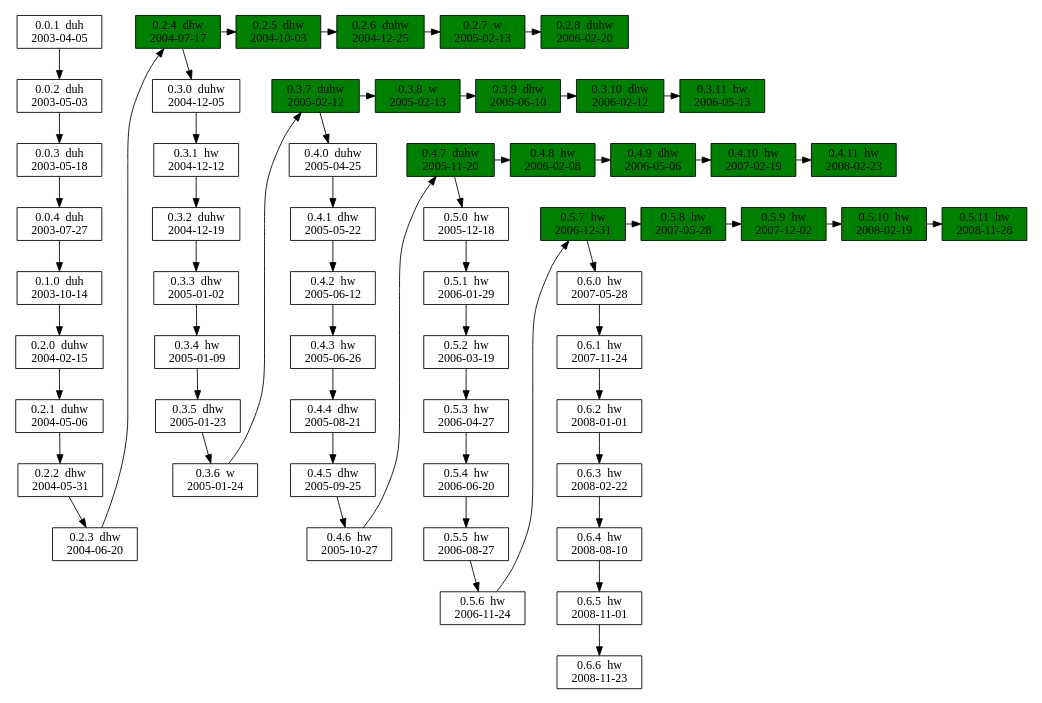
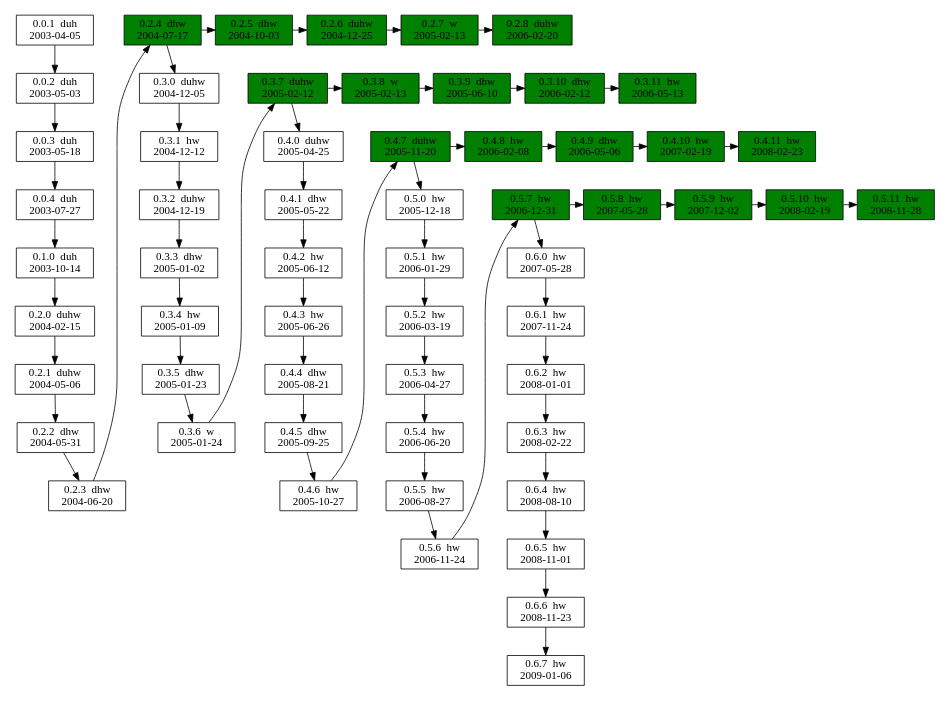
The diagram in www/versions.dot (vanhoefm/krackattacks-scripts), drawn with Graphviz before and after one commit. The commit also changed 13 other files, not shown here.

```diff
--- a/www/versions.dot
+++ b/www/versions.dot
@@ -1,101 +1,102 @@
 digraph versions {
 	size="10,6"
 #	rankdir=LR
 
 # development releases
 
 	node [shape=box]
 	v001 [label="0.0.1  duh\n2003-04-05"]
 	v002 [label="0.0.2  duh\n2003-05-03"]
 	v003 [label="0.0.3  duh\n2003-05-18"]
 	v004 [label="0.0.4  duh\n2003-07-27"]
 	v010 [label="0.1.0  duh\n2003-10-14"]
 	v020 [label="0.2.0  duhw\n2004-02-15"]
 	v021 [label="0.2.1  duhw\n2004-05-06"]
 	v022 [label="0.2.2  dhw\n2004-05-31"]
 	v023 [label="0.2.3  dhw\n2004-06-20"]
 	v030 [label="0.3.0  duhw\n2004-12-05"]
 	v031 [label="0.3.1  hw\n2004-12-12"]
 	v032 [label="0.3.2  duhw\n2004-12-19"]
 	v033 [label="0.3.3  dhw\n2005-01-02"]
 	v034 [label="0.3.4  hw\n2005-01-09"]
 	v035 [label="0.3.5  dhw\n2005-01-23"]
 	v036 [label="0.3.6  w\n2005-01-24"]
 
 	v040 [label="0.4.0  duhw\n2005-04-25"]
 	v041 [label="0.4.1  dhw\n2005-05-22"]
 	v042 [label="0.4.2  hw\n2005-06-12"]
 	v043 [label="0.4.3  hw\n2005-06-26"]
 	v044 [label="0.4.4  dhw\n2005-08-21"]
 	v045 [label="0.4.5  dhw\n2005-09-25"]
 	v046 [label="0.4.6  hw\n2005-10-27"]
 	v050 [label="0.5.0  hw\n2005-12-18"]
 	v051 [label="0.5.1  hw\n2006-01-29"]
 	v052 [label="0.5.2  hw\n2006-03-19"]
 	v053 [label="0.5.3  hw\n2006-04-27"]
 	v054 [label="0.5.4  hw\n2006-06-20"]
 	v055 [label="0.5.5  hw\n2006-08-27"]
 	v056 [label="0.5.6  hw\n2006-11-24"]
 	v060 [label="0.6.0  hw\n2007-05-28"]
 	v061 [label="0.6.1  hw\n2007-11-24"]
 	v062 [label="0.6.2  hw\n2008-01-01"]
 	v063 [label="0.6.3  hw\n2008-02-22"]
 	v064 [label="0.6.4  hw\n2008-08-10"]
 	v065 [label="0.6.5  hw\n2008-11-01"]
 	v066 [label="0.6.6  hw\n2008-11-23"]
+	v067 [label="0.6.7  hw\n2009-01-06"]
 
 # stable releases
 
 	node [fillcolor=green style=filled]
 	v024 [label="0.2.4  dhw\n2004-07-17"]
 	v025 [label="0.2.5  dhw\n2004-10-03"]
 	v026 [label="0.2.6  duhw\n2004-12-25"]
 	v027 [label="0.2.7  w\n2005-02-13"]
 	v028 [label="0.2.8  duhw\n2006-02-20"]
 	v037 [label="0.3.7  duhw\n2005-02-12"]
 	v038 [label="0.3.8  w\n2005-02-13"]
 	v039 [label="0.3.9  dhw\n2005-06-10"]
 	v0310 [label="0.3.10  dhw\n2006-02-12"]
 	v0311 [label="0.3.11  hw\n2006-05-13"]
 	v047 [label="0.4.7  duhw\n2005-11-20"]
 	v048 [label="0.4.8  hw\n2006-02-08"]
 	v049 [label="0.4.9  dhw\n2006-05-06"]
 	v0410 [label="0.4.10  hw\n2007-02-19"]
 	v0411 [label="0.4.11  hw\n2008-02-23"]
 	v057 [label="0.5.7  hw\n2006-12-31"]
 	v058 [label="0.5.8  hw\n2007-05-28"]
 	v059 [label="0.5.9  hw\n2007-12-02"]
 	v0510 [label="0.5.10  hw\n2008-02-19"]
 	v0511 [label="0.5.11  hw\n2008-11-28"]
 
 # development releases
 
 	v001 -> v002 -> v003 -> v004
 	v004 -> v010 -> v020 -> v021 -> v022 -> v023 -> v024
 	v024 -> v030 -> v031 -> v032 -> v033 -> v034 -> v035 -> v036 -> v037
 	v037 -> v040 -> v041 -> v042 -> v043 -> v044 -> v045 -> v046 -> v047
 	v047 -> v050 -> v051 -> v052 -> v053 -> v054 -> v055 -> v056 -> v057
-	v057 -> v060 -> v061 -> v062 -> v063 -> v064 -> v065 -> v066
+	v057 -> v060 -> v061 -> v062 -> v063 -> v064 -> v065 -> v066 -> v067
 
 	{rank=same; v001 v024}
 	{rank=same; v030 v037}
 	{rank=same; v040 v047}
 	{rank=same; v050 v057}
 #	{rank=same; v060 v066}
 
 # stable releases
 
 	v024 -> v025 -> v026 -> v027 -> v028
 	v037 -> v038 -> v039 -> v0310 -> v0311
 	v047 -> v048 -> v049 -> v0410 -> v0411
 	v057 -> v058 -> v059 -> v0510 -> v0511
 
 	{rank=same; v024 v025 v026 v027 v028}
 	{rank=same; v037 v038 v039 v0310 v0311}
 	{rank=same; v047 v048 v049 v0410 v0411}
 	{rank=same; v057 v058 v059 v0510 v0511}
 
 #	edge [style=dashed,color=red]
 #	v030 -> v036
 
 }
```
